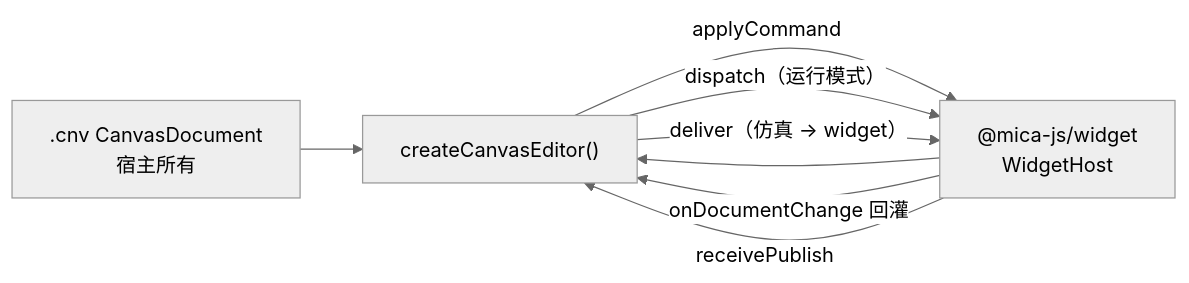
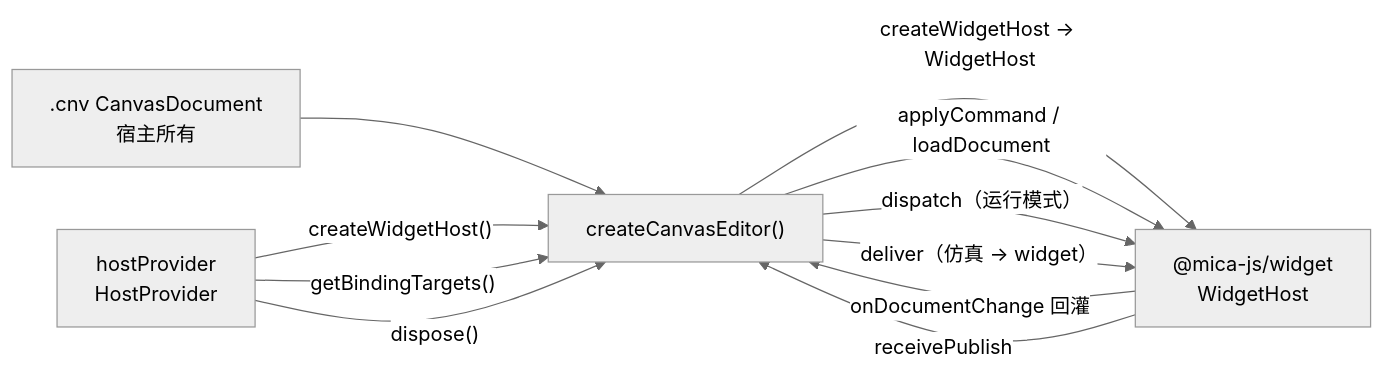
The first of 2 diagrams in packages/canvas-editor/README.md (x-botlab/mica-js), drawn with Mermaid (neutral theme) before and after one commit. The commit also changed other lines of this file and 391 other files, not shown here.

````diff
--- a/packages/canvas-editor/README.md
+++ b/packages/canvas-editor/README.md
@@ -9,10 +9,13 @@
 ```mermaid
 flowchart LR
   doc[".cnv CanvasDocument<br/>宿主所有"] --> editor["createCanvasEditor()"]
-  host["@mica-js/widget<br/>WidgetHost"] --> editor
-  editor -->|"applyCommand"| host
+  provider["hostProvider<br/>HostProvider"] -->|"createWidgetHost()"| editor
+  provider -->|"getBindingTargets()"| editor
+  provider -->|"dispose()"| editor
+  editor -->|"createWidgetHost → WidgetHost"| host["@mica-js/widget<br/>WidgetHost"]
+  editor -->|"applyCommand / loadDocument"| host
   host -->|"onDocumentChange 回灌"| editor
   editor -->|"dispatch（运行模式）"| host
   editor -->|"deliver（仿真 → widget）"| host
   host -->|"receivePublish"| editor
 ```
````
